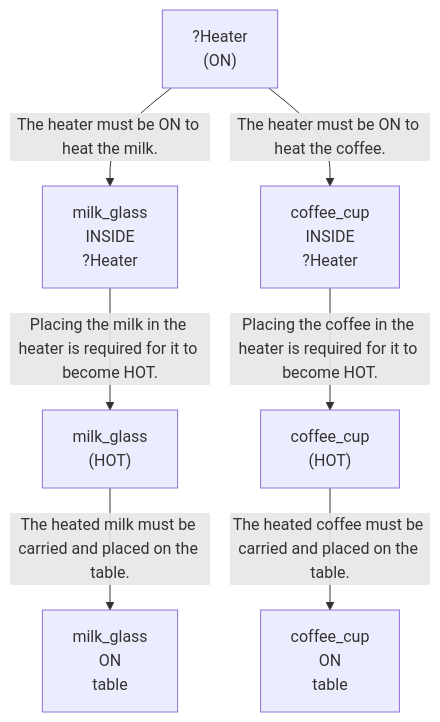
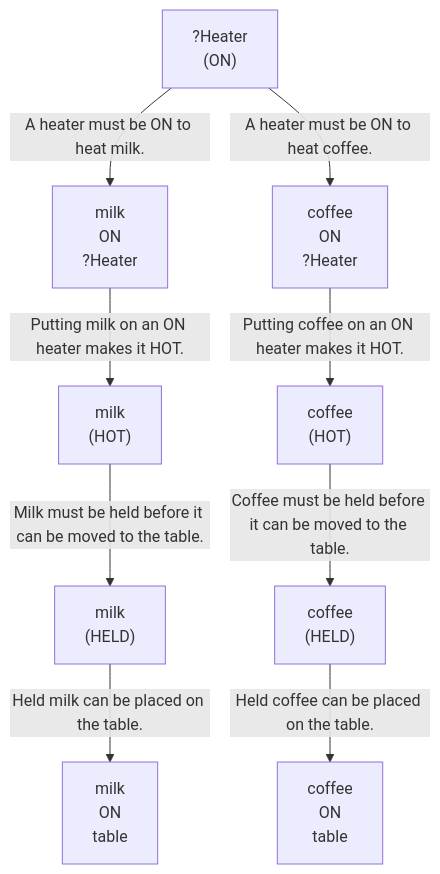
One commit to scuama/virtualhome changed the second of 3 diagrams in evaluation/results/table3/robostate/runs/without_intention/G3_15/run_T3_without_intention_G3_15.md. Above: the diagram before and after it, drawn with Mermaid. The commit also changed other lines of this file and 507 other files, not shown here.

````diff
--- a/evaluation/results/table3/robostate/runs/without_intention/G3_15/run_T3_without_intention_G3_15.md
+++ b/evaluation/results/table3/robostate/runs/without_intention/G3_15/run_T3_without_intention_G3_15.md
@@ -128,16 +113,20 @@
 ```mermaid
 graph TD
     N1["?Heater<br>(ON)"]
-    N2["milk_glass<br>INSIDE<br>?Heater"]
-    N3["milk_glass<br>(HOT)"]
-    N4["coffee_cup<br>INSIDE<br>?Heater"]
-    N5["coffee_cup<br>(HOT)"]
-    N6["milk_glass<br>ON<br>table"]
-    N7["coffee_cup<br>ON<br>table"]
-    N1 -->|"The heater must be ON to heat the milk."| N2
-    N2 -->|"Placing the milk in the heater is required for it to become HOT."| N3
-    N1 -->|"The heater must be ON to heat the coffee."| N4
-    N4 -->|"Placing the coffee in the heater is required for it to become HOT."| N5
-    N3 -->|"The heated milk must be carried and placed on the table."| N6
-    N5 -->|"The heated coffee must be carried and placed on the table."| N7
+    N2["milk<br>ON<br>?Heater"]
+    N3["coffee<br>ON<br>?Heater"]
+    N4["milk<br>(HOT)"]
+    N5["coffee<br>(HOT)"]
+    N6["milk<br>ON<br>table"]
+    N7["coffee<br>ON<br>table"]
+    N8["milk<br>(HELD)"]
+    N9["coffee<br>(HELD)"]
+    N1 -->|"A heater must be ON to heat milk."| N2
+    N1 -->|"A heater must be ON to heat coffee."| N3
+    N2 -->|"Putting milk on an ON heater makes it HOT."| N4
+    N3 -->|"Putting coffee on an ON heater makes it HOT."| N5
+    N4 -->|"Milk must be held before it can be moved to the table."| N8
+    N5 -->|"Coffee must be held before it can be moved to the table."| N9
+    N8 -->|"Held milk can be placed on the table."| N6
+    N9 -->|"Held coffee can be placed on the table."| N7
 ```
````
